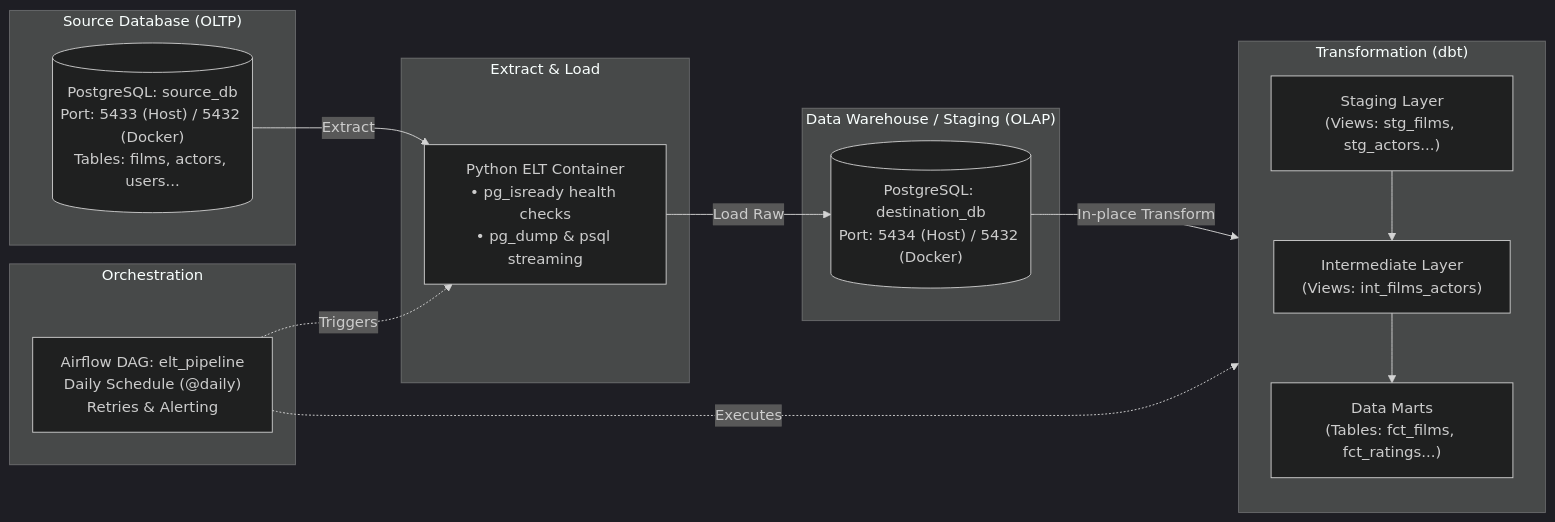
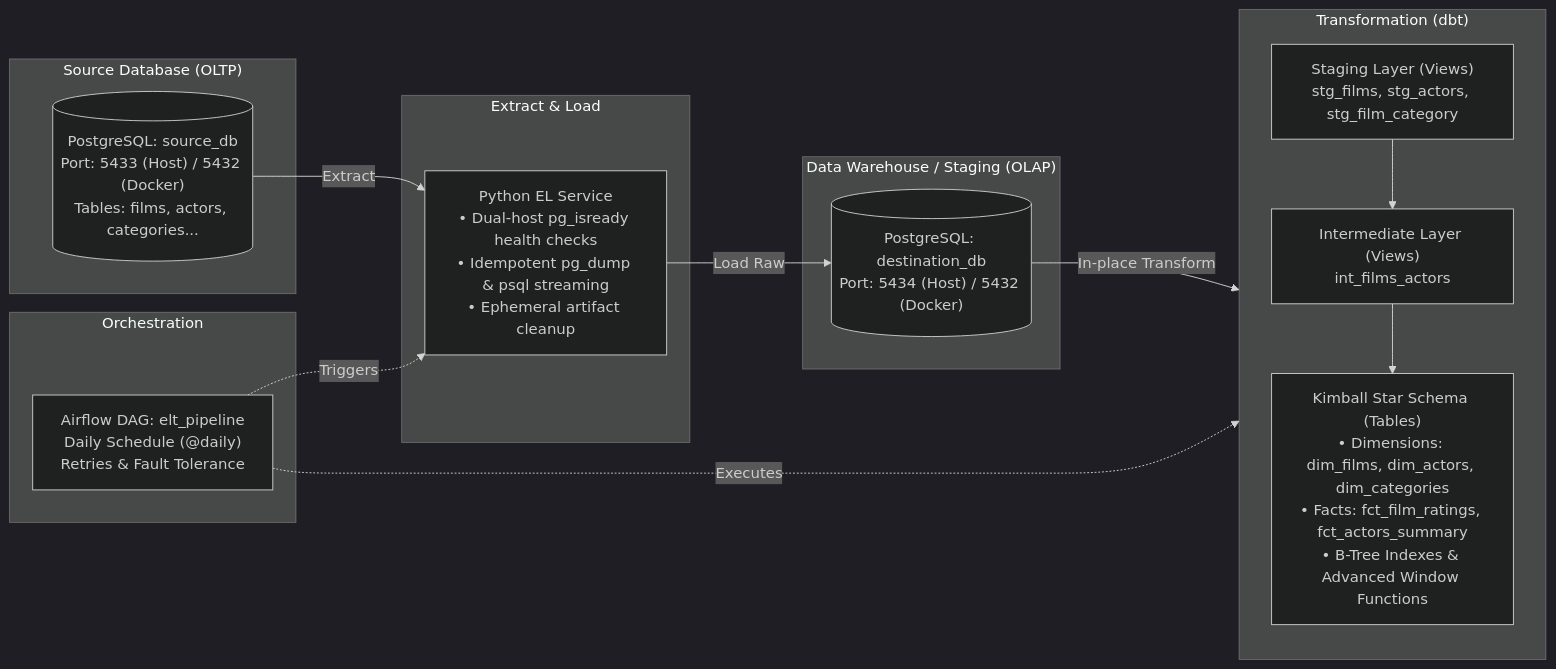
Before and after one commit to Accnoname/ELT: the diagram in README.md, drawn with Mermaid (dark theme). The commit also changed other lines of this file and 12 other files, not shown here.

Commit message:
refactor: implement star schema, window functions, idempotent EL, and clean airflow DAG

````diff
--- a/README.md
+++ b/README.md
@@ -29,31 +31,31 @@
 ```mermaid
 flowchart LR
     subgraph Source ["Source Database (OLTP)"]
-        S_DB[("PostgreSQL: source_db<br/>Port: 5433 (Host) / 5432 (Docker)<br/>Tables: films, actors, users...")]
+        S_DB[("PostgreSQL: source_db<br/>Port: 5433 (Host) / 5432 (Docker)<br/>Tables: films, actors, categories...")]
     end
 
     subgraph EL ["Extract & Load"]
-        Script["Python ELT Container<br/>• pg_isready health checks<br/>• pg_dump & psql streaming"]
+        Script["Python EL Service<br/>• Dual-host pg_isready health checks<br/>• Idempotent pg_dump & psql streaming<br/>• Ephemeral artifact cleanup"]
     end
 
     subgraph Destination ["Data Warehouse / Staging (OLAP)"]
         D_DB[("PostgreSQL: destination_db<br/>Port: 5434 (Host) / 5432 (Docker)")]
     end
 
     subgraph DBT ["Transformation (dbt)"]
-        Staging["Staging Layer<br/>(Views: stg_films, stg_actors...)"]
-        Intermediate["Intermediate Layer<br/>(Views: int_films_actors)"]
-        Marts["Data Marts<br/>(Tables: fct_films, fct_ratings...)"]
-        Staging --> Intermediate --> Marts
+        Staging["Staging Layer (Views)<br/>stg_films, stg_actors, stg_film_category"]
+        Intermediate["Intermediate Layer (Views)<br/>int_films_actors"]
+        StarSchema["Kimball Star Schema (Tables)<br/>• Dimensions: dim_films, dim_actors, dim_categories<br/>• Facts: fct_film_ratings, fct_actors_summary<br/>• B-Tree Indexes & Advanced Window Functions"]
+        Staging --> Intermediate --> StarSchema
     end
 
     subgraph Airflow ["Orchestration"]
-        AF_DAG["Airflow DAG: elt_pipeline<br/>Daily Schedule (@daily)<br/>Retries & Alerting"]
+        AF_DAG["Airflow DAG: elt_pipeline<br/>Daily Schedule (@daily)<br/>Retries & Fault Tolerance"]
     end
 
     S_DB -->|Extract| Script
     Script -->|Load Raw| D_DB
     D_DB -->|In-place Transform| DBT
     AF_DAG -.->|Triggers| Script
     AF_DAG -.->|Executes| DBT
 ```
````
